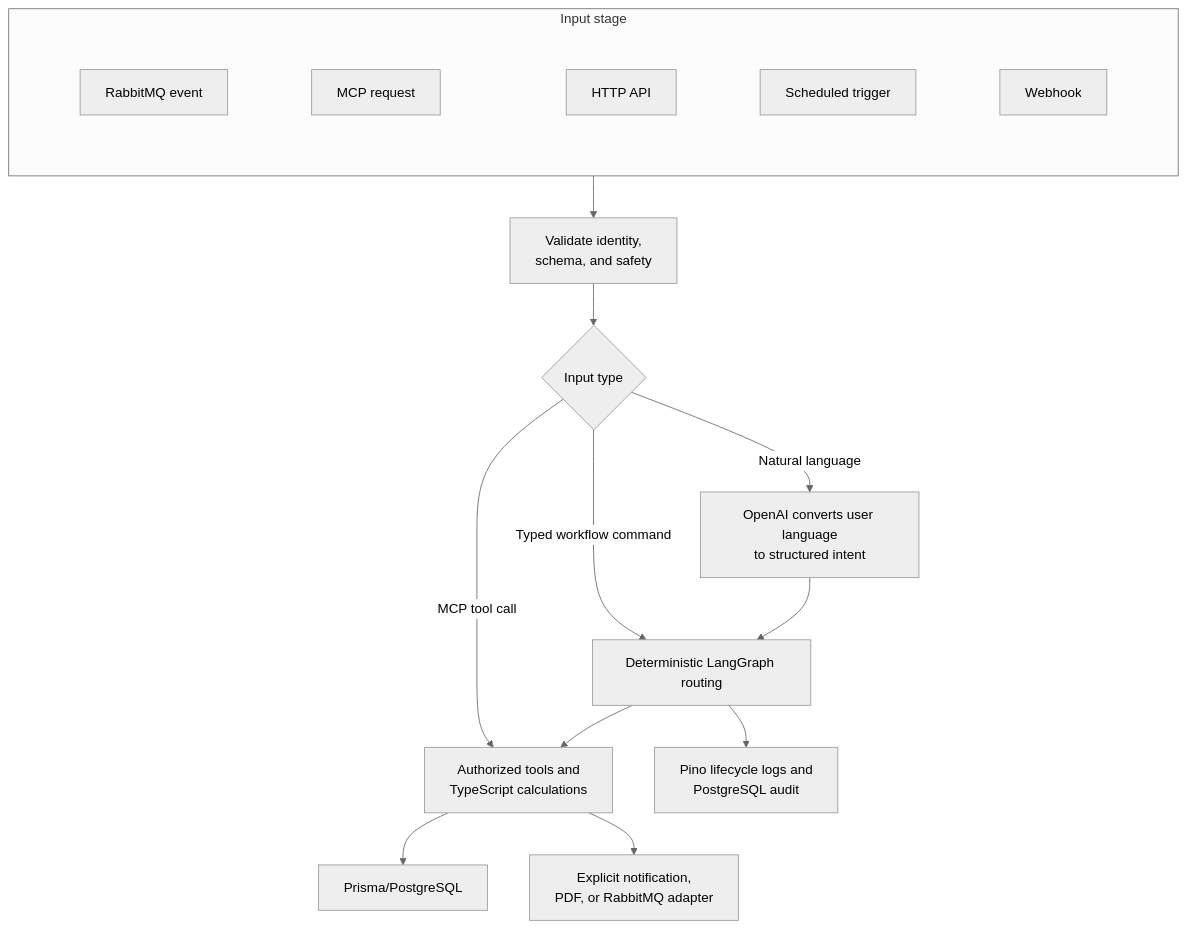
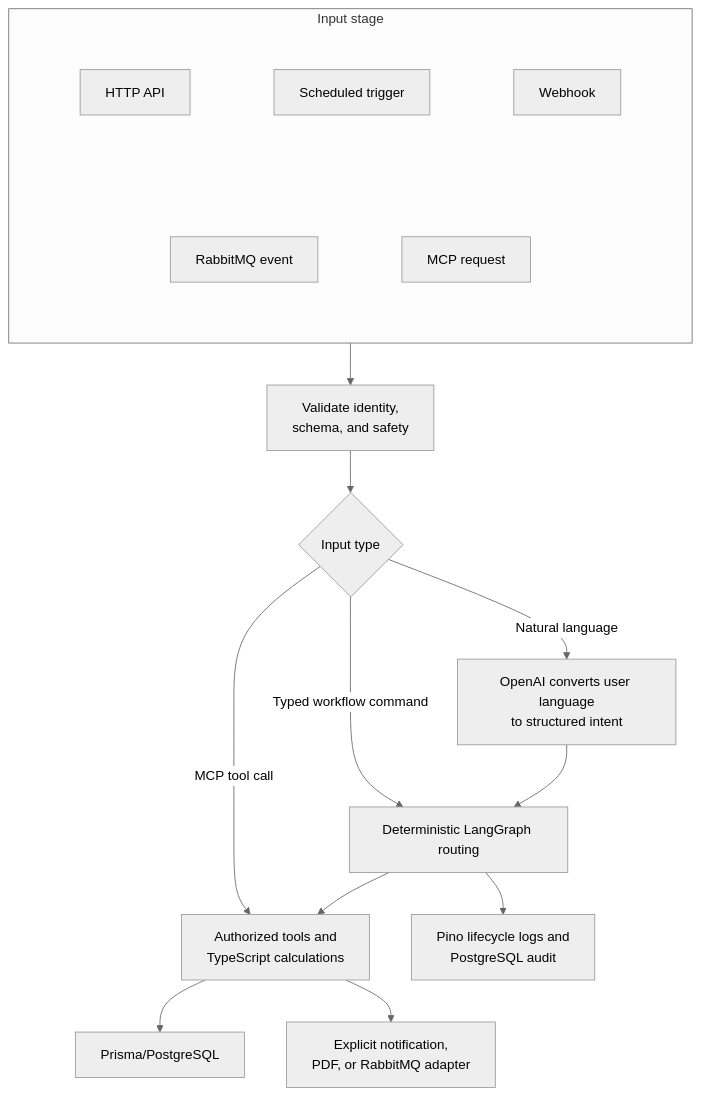
The first of 3 diagrams in README.md (ramioooz/hcm-agentic-llmops), drawn with Mermaid (neutral theme) before and after one commit.

Commit message:
docs: constrain input stage rows

````diff
--- a/README.md
+++ b/README.md
@@ -230,33 +230,35 @@
 ```mermaid
 flowchart TD
     subgraph Inputs["Input stage"]
         direction TB
 
         subgraph InputRow1[" "]
             direction LR
             HTTP["HTTP API"] ~~~ Schedule["Scheduled trigger"] ~~~ Webhook["Webhook"]
         end
 
         subgraph InputRow2[" "]
             direction LR
             RabbitMQ["RabbitMQ event"] ~~~ MCP["MCP request"]
         end
+
+        InputRow1 ~~~ InputRow2
     end
 
     style InputRow1 fill:none,stroke:none
     style InputRow2 fill:none,stroke:none
 
     Inputs --> Validate
     Validate["Validate identity,<br/>schema, and safety"]
     InputType{"Input type"}
     Intent["OpenAI converts user language<br/>to structured intent"]
     Validate --> InputType
     InputType -->|Natural language| Intent
     InputType -->|Typed workflow command| Route["Deterministic LangGraph routing"]
     InputType -->|MCP tool call| Tools
     Intent --> Route
     Route --> Tools["Authorized tools and<br/>TypeScript calculations"]
     Tools --> Data["Prisma/PostgreSQL"]
     Tools --> Effects["Explicit notification,<br/>PDF, or RabbitMQ adapter"]
     Route --> Audit["Pino lifecycle logs and<br/>PostgreSQL audit"]
 ```
````
